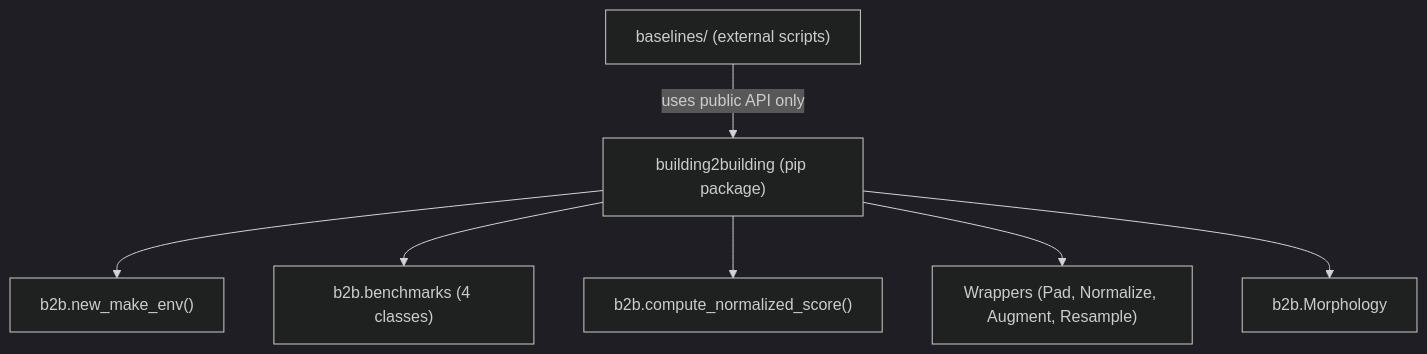
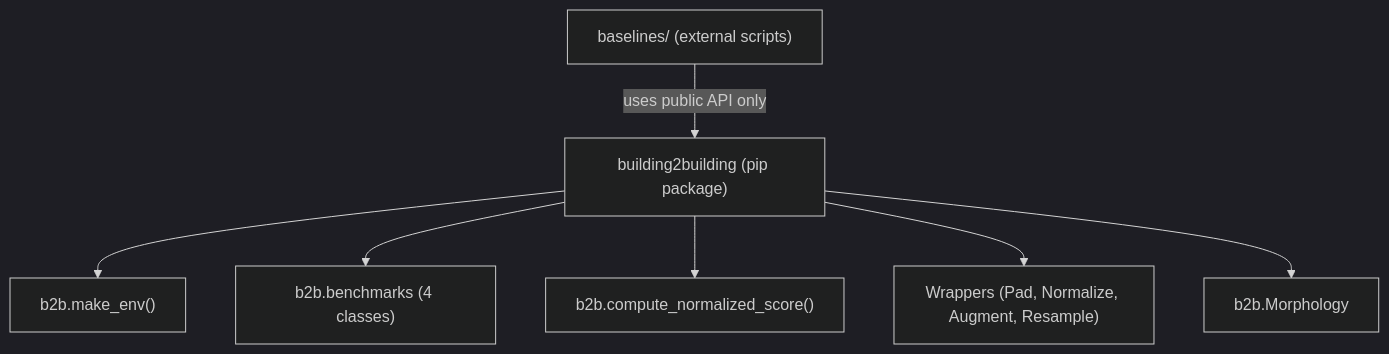
One commit to vtaboga/building2building changed the diagram in docs/index.md. Above: the diagram before and after it, drawn with Mermaid (dark theme). The commit also changed other lines of this file and 67 other files, not shown here.

First line of the commit message:
refactor: rename new_make_env to make_env across codebase

````diff
--- a/docs/index.md
+++ b/docs/index.md
@@ -93,17 +93,17 @@
 ```mermaid
 graph TD
     B2B["building2building (pip package)"]
-    API["b2b.new_make_env()"]
+    API["b2b.make_env()"]
     Benchmarks["b2b.benchmarks (4 classes)"]
     Scoring["b2b.compute_normalized_score()"]
     Wrappers["Wrappers (Pad, Normalize, Augment, Resample)"]
     Morph["b2b.Morphology"]
     Baselines["baselines/ (external scripts)"]
 
     B2B --> API
     B2B --> Benchmarks
     B2B --> Scoring
     B2B --> Wrappers
     B2B --> Morph
     Baselines -->|"uses public API only"| B2B
 ```
````
